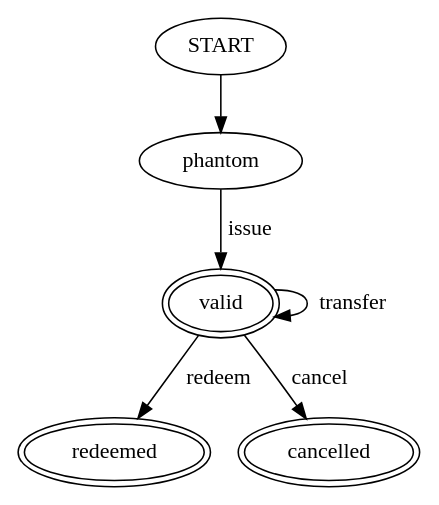
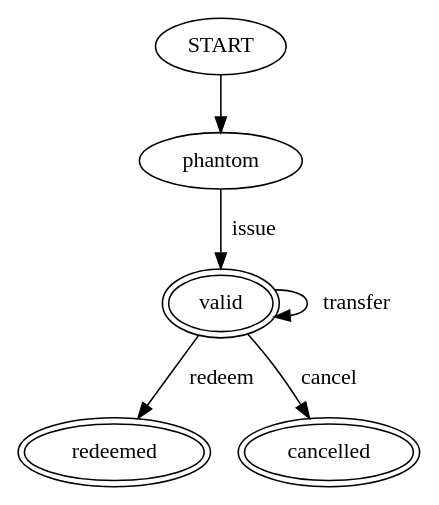
One commit to byisystems/byihive changed the diagram in docs/dot/VoucherLifeCycle.gv. Above: the diagram before and after it, drawn with Graphviz.

Commit message:
Added a leading space to labels to make it more readable in the diagram.

```diff
--- a/docs/dot/VoucherLifeCycle.gv
+++ b/docs/dot/VoucherLifeCycle.gv
@@ -1,31 +1,31 @@
 // ---------------------------------------------------------------------
 // Copyright (c) 2018, Backyard Innovations Pte. Ltd., Singapore.
 //
 // Released under the terms of the Apache License 2.0
 // See: file LICENSE that came with this software for details.
 //
 // This file contains Intellectual Property that belongs to
 // Backyard Innovations Pte Ltd., Singapore.
 //
 // Authors: Santhosh Raju <santhosh@byisystems.com>
 //          Cherry G. Mathew <cherry@byisystems.com>
 // ---------------------------------------------------------------------
 digraph {
     size="4,4";
     Layout=fdp;
 
     // States of the FSM describing the Voucher Life Cycle
     START
     phantom
     // "valid" is an accepting state, but not a final state
     valid [peripheries=2]
     redeemed [peripheries=2]
     cancelled [peripheries=2]
 
     // Rules for state transitions of the FSM
     START -> phantom
-    phantom -> valid [label="issue"]
-    valid -> valid [label="transfer"]
-    valid -> redeemed [label="redeem"]
-    valid -> cancelled [label="cancel"]
+    phantom -> valid [label=" issue"]
+    valid -> valid [label=" transfer"]
+    valid -> redeemed [label=" redeem"]
+    valid -> cancelled [label=" cancel"]
 }
```
